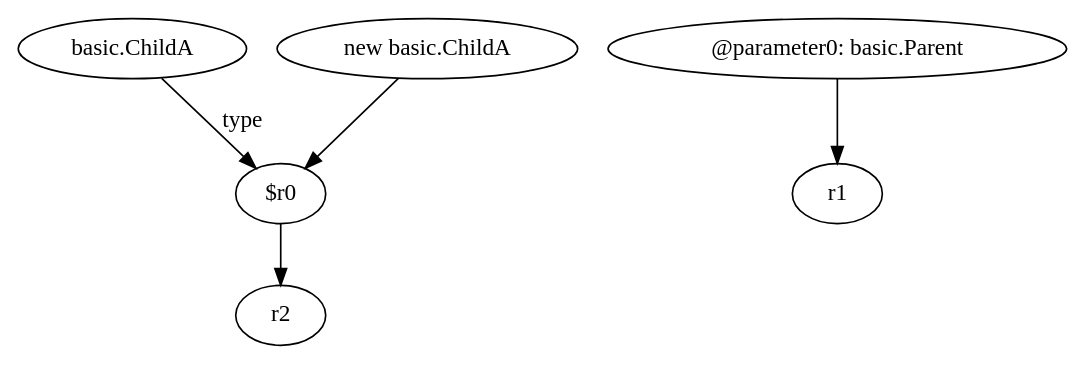
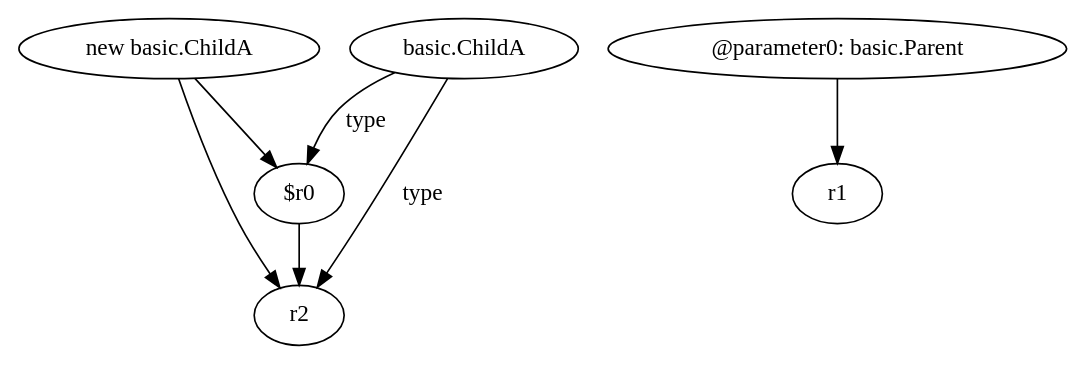
Before and after one commit to SeanCoek/zString: the diagram in relation2/<callgraph.Hierarchy: void changeRef(basic.Parent)>.dot, drawn with Graphviz. The commit also changed 36 other files, not shown here.

```diff
--- a/relation2/<callgraph.Hierarchy: void changeRef(basic.Parent)>.dot
+++ b/relation2/<callgraph.Hierarchy: void changeRef(basic.Parent)>.dot
@@ -1,12 +1,14 @@
 digraph g {
-0[label="basic.ChildA"]
+0[label="new basic.ChildA"]
 1[label="$r0"]
-0->1[label="type"]
-2[label="new basic.ChildA"]
-2->1[label=""]
+0->1[label=""]
+2[label="basic.ChildA"]
+2->1[label="type"]
 3[label="r2"]
+2->3[label="type"]
 1->3[label=""]
 4[label="@parameter0: basic.Parent"]
 5[label="r1"]
 4->5[label=""]
+0->3[label=""]
 }
```
